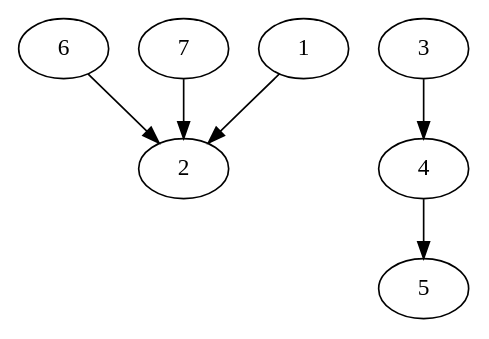
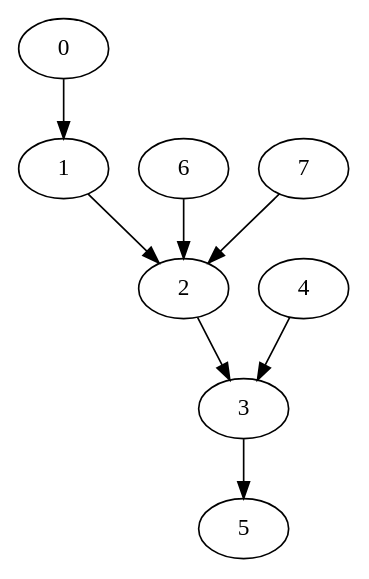
One commit to paul-g/brabble changed the diagram in 5-graphs/solutions/in.dot. Above: the diagram before and after it, drawn with Graphviz. The commit also changed 1 other file, not shown here.

Commit message:
Add a better input graph.

```diff
--- a/5-graphs/solutions/in.dot
+++ b/5-graphs/solutions/in.dot
@@ -1,7 +1,9 @@
 digraph G {
+	0 -> 1
 	6 -> 2
 	7 -> 2
 	1 -> 2
-	3 -> 4
-	4 -> 5
+	2 -> 3
+	4 -> 3
+	3 -> 5
 }
```
